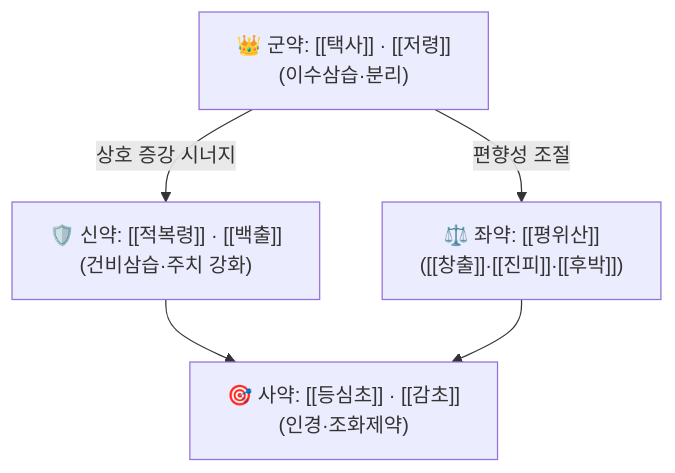
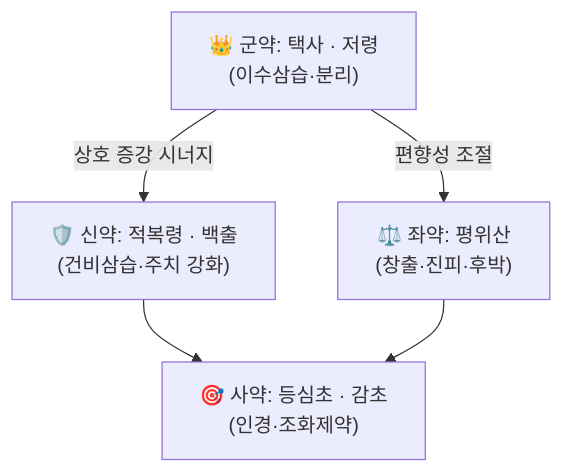
The diagram in content/2. 약리 공부/처방/03_화담·거습·이수제/가미분리음.md (simbio11/simbio-digital-garden2), drawn with Mermaid before and after one commit. The commit also changed other lines of this file and 323 other files, not shown here.

````diff
--- a/content/2. 약리 공부/처방/03_화담·거습·이수제/가미분리음.md
+++ b/content/2. 약리 공부/처방/03_화담·거습·이수제/가미분리음.md
@@ -62,7 +62,7 @@
 ```mermaid
 graph TD
-    Gun["👑 군약: [[택사]] · [[저령]]<br>(이수삼습·분리)" ] -->|상호 증강 시너지| Sin["🛡️ 신약: [[적복령]] · [[백출]]<br>(건비삼습·주치 강화)"]
-    Gun -->|편향성 조절| Jwa["⚖️ 좌약: [[평위산]]<br>([[창출]]·[[진피]]·[[후박]])"]
-    Sin --> Sa["🎯 사약: [[등심초]] · [[감초]]<br>(인경·조화제약)"]
+    Gun["👑 군약: 택사 · 저령<br>(이수삼습·분리)" ] -->|상호 증강 시너지| Sin["🛡️ 신약: 적복령 · 백출<br>(건비삼습·주치 강화)"]
+    Gun -->|편향성 조절| Jwa["⚖️ 좌약: 평위산<br>(창출·진피·후박)"]
+    Sin --> Sa["🎯 사약: 등심초 · 감초<br>(인경·조화제약)"]
     Jwa --> Sa
 ```
````
